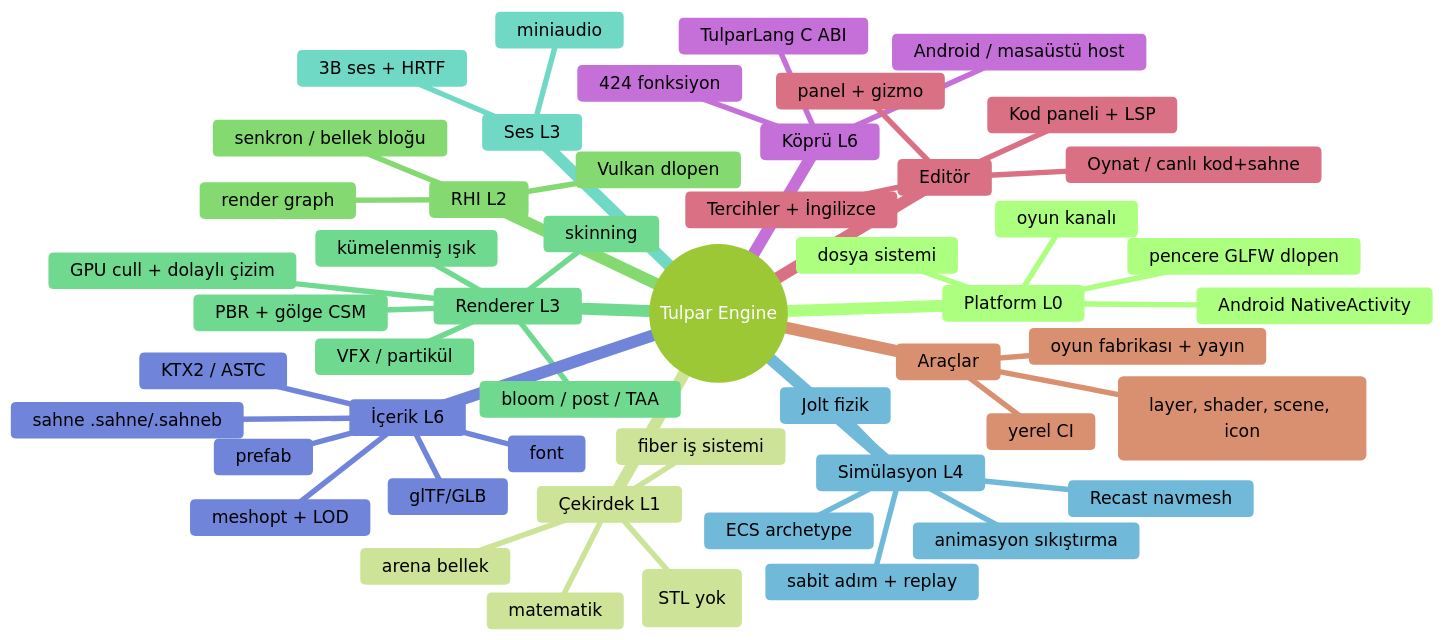
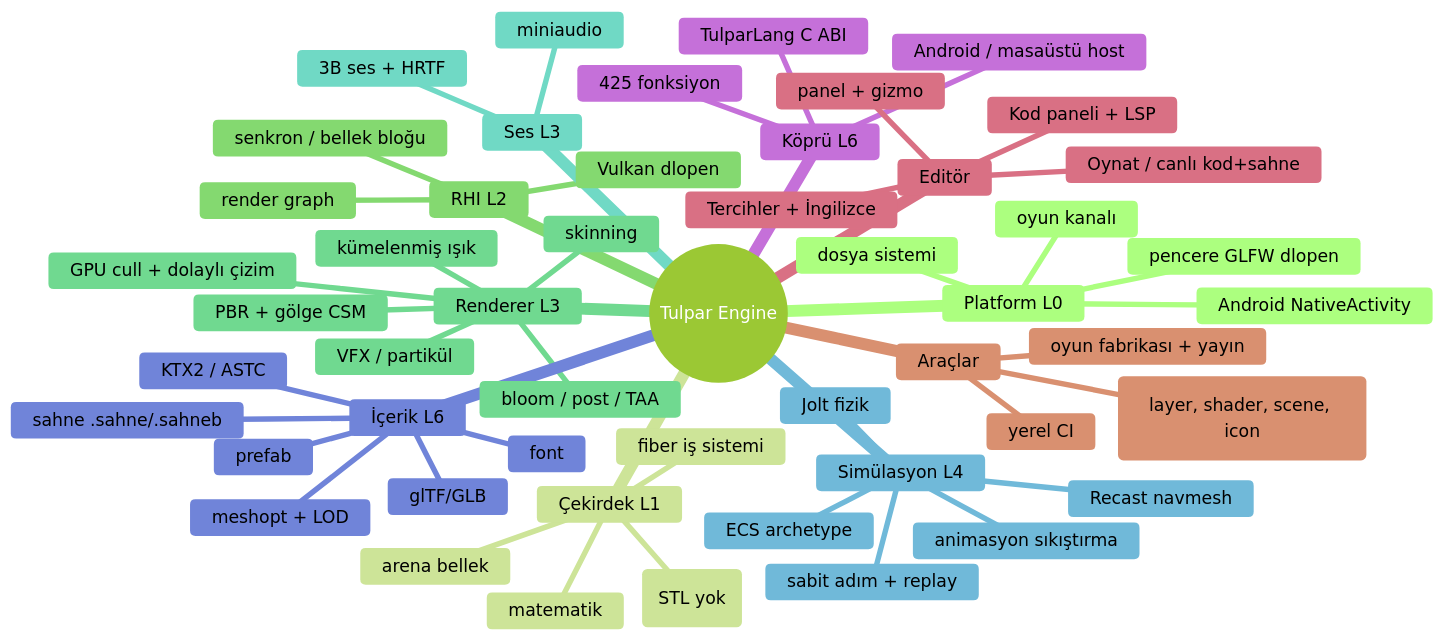
Before and after one commit to hamer1818/tulpar-engine: the diagram in docs/OZELLIK-HARITASI.md, drawn with Mermaid (forest theme). The commit also changed other lines of this file and 17 other files, not shown here.

````diff
--- a/docs/OZELLIK-HARITASI.md
+++ b/docs/OZELLIK-HARITASI.md
@@ -10,54 +10,54 @@
 ```mermaid
 mindmap
   root((Tulpar Engine))
     Platform L0
       pencere GLFW dlopen
       dosya sistemi
       Android NativeActivity
       oyun kanalı
     Çekirdek L1
       fiber iş sistemi
       arena bellek
       matematik
       konteynerler (STL yok)
     RHI L2
       Vulkan dlopen
       render graph
       senkron / bellek bloğu
     Renderer L3
       PBR + gölge CSM
       bloom / post / TAA
       GPU cull + dolaylı çizim
       kümelenmiş ışık
       skinning
       VFX / partikül
     Ses L3
       miniaudio
       3B ses + HRTF
     Simülasyon L4
       ECS archetype
       Jolt fizik
       Recast navmesh
       animasyon sıkıştırma
       sabit adım + replay
     İçerik L6
       glTF/GLB
       sahne .sahne/.sahneb
       KTX2 / ASTC
       meshopt + LOD
       font
       prefab
     Köprü L6
       TulparLang C ABI
-      424 fonksiyon
+      425 fonksiyon
       Android / masaüstü host
     Editör
       panel + gizmo
       Kod paneli + LSP
       Oynat / canlı kod+sahne
       Tercihler + İngilizce
     Araçlar
       kapılar (layer, shader, scene, icon)
       yerel CI
       oyun fabrikası + yayın
 ```
````
